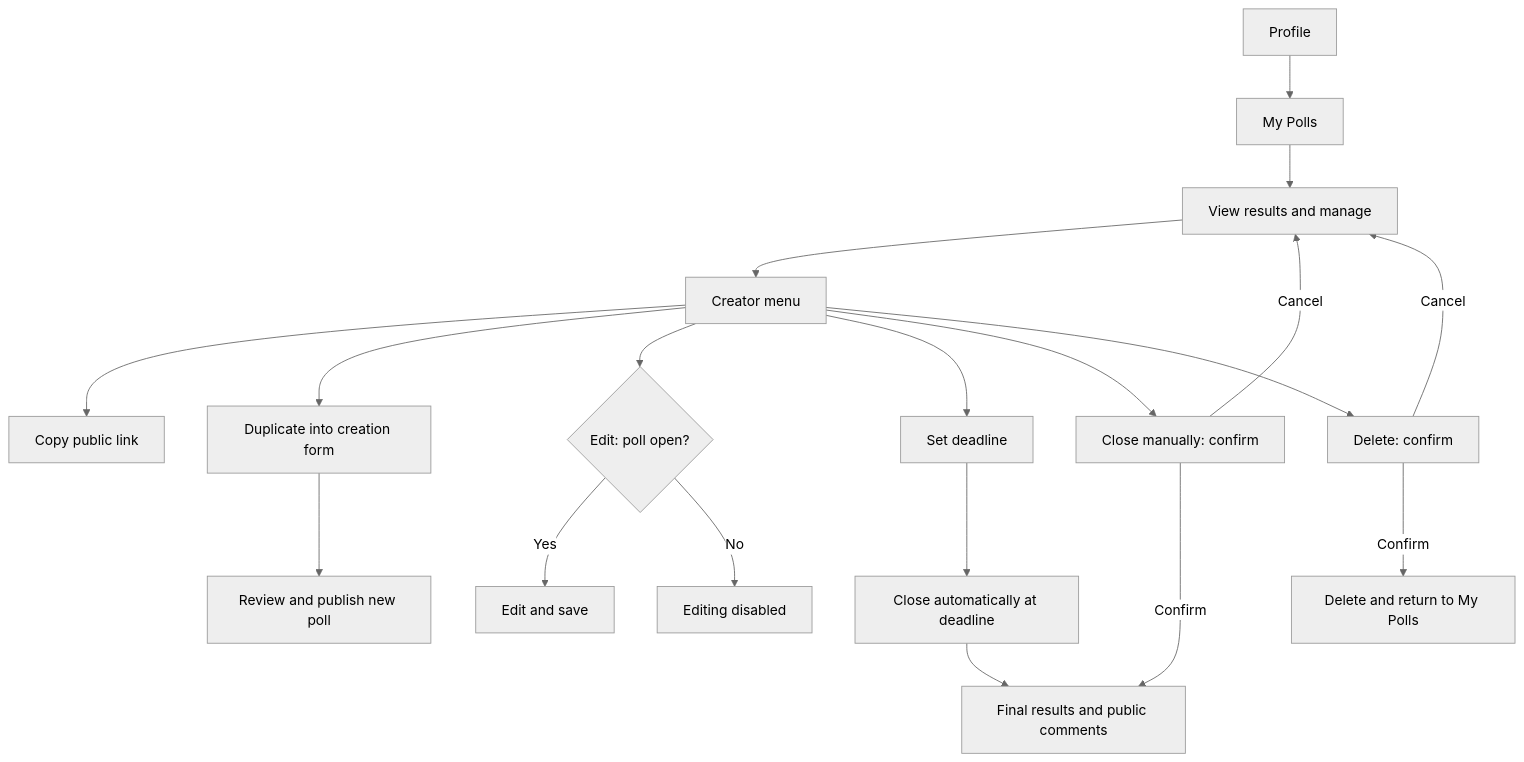
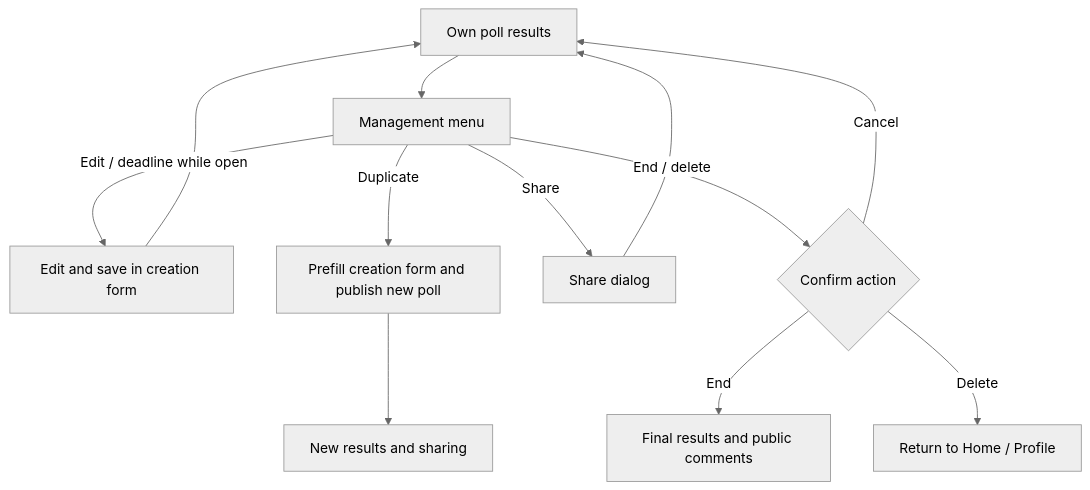
Before and after one commit to sd5913/The-Aliien-Repo: the second of 2 diagrams in docs/UserFlow.en.md, drawn with Mermaid (neutral theme). The commit also changed other lines of this file and 1 other file, not shown here.

Commit message:
fix: streamline user flow documentation and merge duplicate entry points

````diff
--- a/docs/UserFlow.en.md
+++ b/docs/UserFlow.en.md
@@ -64,21 +42,14 @@
 ```mermaid
 flowchart TD
-    A[Profile] --> B[My Polls]
-    B --> C[View results and manage]
-    C --> D[Creator menu]
-    D --> E[Copy public link]
-    D --> F[Duplicate into creation form]
-    F --> G[Review and publish new poll]
-    D --> H{Edit: poll open?}
-    H -->|Yes| I[Edit and save]
-    H -->|No| J[Editing disabled]
-    D --> K[Set deadline]
-    K --> L[Close automatically at deadline]
-    D --> M[Close manually: confirm]
-    M -->|Cancel| C
-    M -->|Confirm| N[Final results and public comments]
-    L --> N
-    D --> O[Delete: confirm]
-    O -->|Cancel| C
-    O -->|Confirm| P[Delete and return to My Polls]
+    R[Own poll results] --> M[Management menu]
+    M -->|Edit / deadline while open| E[Edit and save in creation form]
+    E --> R
+    M -->|Duplicate| C[Prefill creation form and publish new poll]
+    C --> N[New results and sharing]
+    M -->|Share| S[Share dialog]
+    S --> R
+    M -->|End / delete| Q{Confirm action}
+    Q -->|Cancel| R
+    Q -->|End| F[Final results and public comments]
+    Q -->|Delete| B[Return to Home / Profile]
 ```
````
